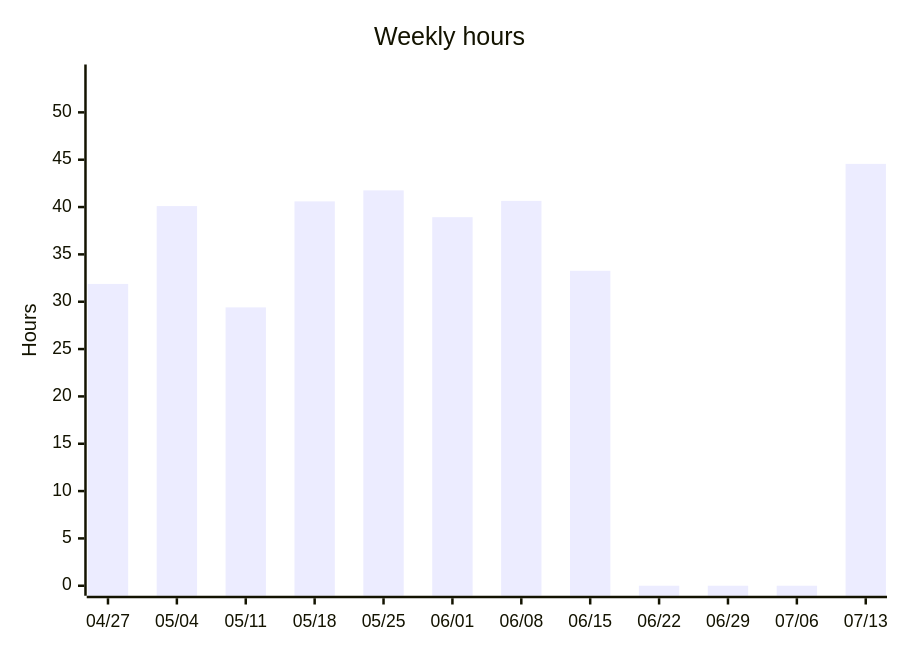
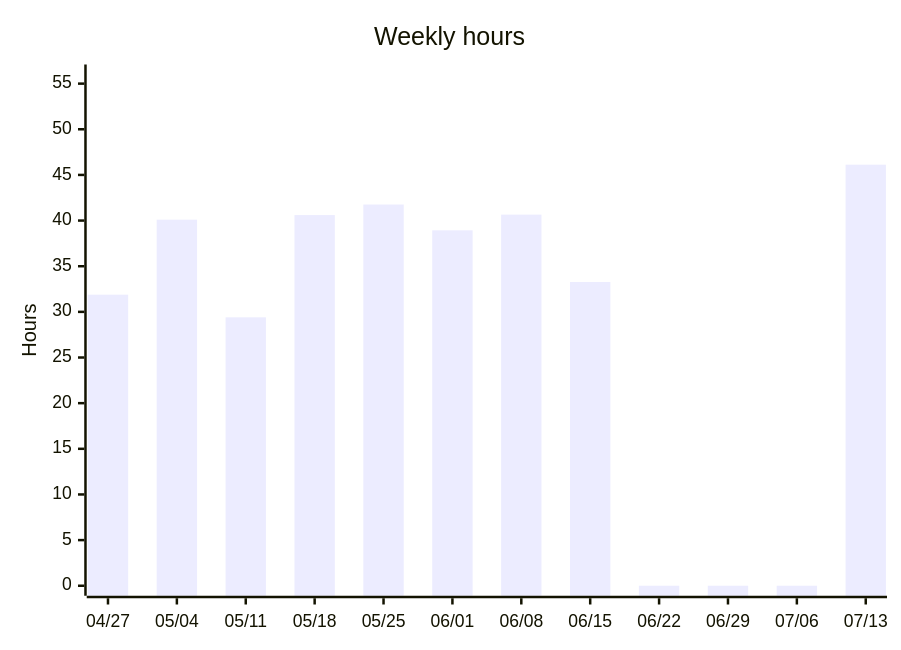
Before and after one commit to albinforsberg-netizen/timeclock: the third of 5 diagrams in README.org, drawn with Mermaid. The commit also changed other lines of this file, not shown here.

```diff
--- a/README.org
+++ b/README.org
@@ -104,7 +105,7 @@
 #+begin_src mermaid
 xychart-beta
     title "Weekly hours"
     x-axis ["04/27", "05/04", "05/11", "05/18", "05/25", "06/01", "06/08", "06/15", "06/22", "06/29", "07/06", "07/13"]
-    y-axis "Hours" 0 --> 54
-    bar [31.88, 40.10, 29.40, 40.60, 41.76, 38.93, 40.65, 33.27, 0.00, 0.00, 0.00, 44.56]
+    y-axis "Hours" 0 --> 56
+    bar [31.88, 40.10, 29.40, 40.60, 41.76, 38.93, 40.65, 33.27, 0.00, 0.00, 0.00, 46.12]
 #+end_src
```
